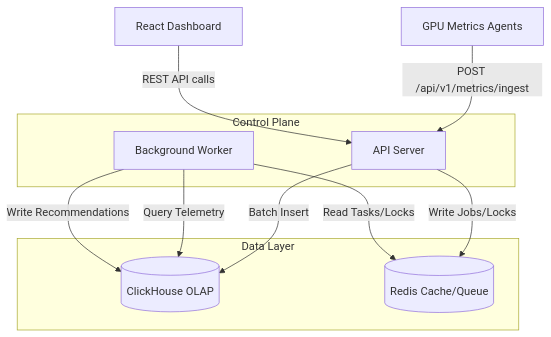
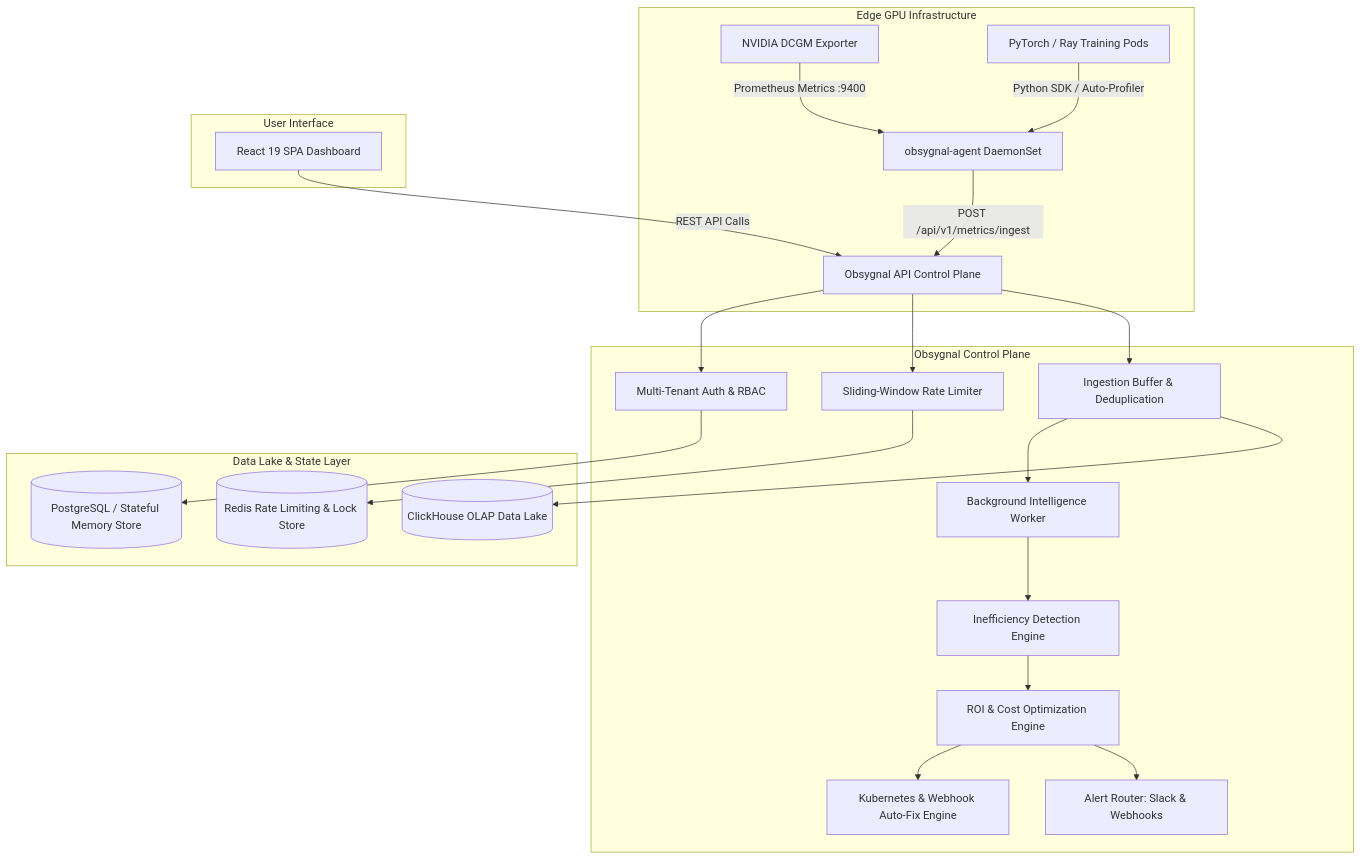
One commit to sarkarbikram90/Obsygnal-Pulse changed the diagram in docs/architecture.md. Above: the diagram before and after it, drawn with Mermaid. The commit also changed other lines of this file and 51 other files, not shown here.

Commit message:
feat: enhance web UI dashboard, add community templates, Python SDK packaging, and refine system documentation

````diff
--- a/docs/architecture.md
+++ b/docs/architecture.md
@@ -14,25 +23,34 @@
 ```mermaid
 graph TD
-    %% External Inputs
-    Agents[GPU Metrics Agents] -->|POST /api/v1/metrics/ingest| API[API Server]
-    Frontend[React Dashboard] -->|REST API calls| API
-
-    %% Backend Services
-    subgraph Control Plane
-        API
-        Worker[Background Worker]
+    %% Edge Layer
+    subgraph Edge Layer [Edge GPU Infrastructure]
+        DCGM[NVIDIA DCGM Exporter] -->|Prometheus Metrics :9400| Collector[obsygnal-agent DaemonSet]
+        Workload[PyTorch / Ray Training Pods] -->|Python SDK / Auto-Profiler| Collector
+        Collector -->|POST /api/v1/metrics/ingest| API[Obsygnal API Control Plane]
     end
 
-    %% Storage Layer
-    subgraph Data Layer
-        ClickHouse[(ClickHouse OLAP)]
-        Redis[(Redis Cache/Queue)]
+    %% Control Plane
+    subgraph Control Plane [Obsygnal Control Plane]
+        API --> Auth[Multi-Tenant Auth & RBAC]
+        API --> RateLimit[Sliding-Window Rate Limiter]
+        API --> Ingestion[Ingestion Buffer & Deduplication]
+
+        Ingestion --> Worker[Background Intelligence Worker]
+        Worker --> Detection[Inefficiency Detection Engine]
+        Detection --> Recommendation[ROI & Cost Optimization Engine]
+        Recommendation --> Remediation[Kubernetes & Webhook Auto-Fix Engine]
+        Recommendation --> Alerting[Alert Router: Slack & Webhooks]
     end
 
-    %% Flow
-    API -->|Batch Insert| ClickHouse
-    API -->|Write Jobs/Locks| Redis
-    Worker -->|Read Tasks/Locks| Redis
-    Worker -->|Query Telemetry| ClickHouse
-    Worker -->|Write Recommendations| ClickHouse
+    %% Persistent Storage Layer
+    subgraph Persistence [Data Lake & State Layer]
+        Ingestion --> ClickHouse[(ClickHouse OLAP Data Lake)]
+        Auth --> Postgres[(PostgreSQL / Stateful Memory Store)]
+        RateLimit --> Redis[(Redis Rate Limiting & Lock Store)]
+    end
+
+    %% Frontend Layer
+    subgraph UI [User Interface]
+        Frontend[React 19 SPA Dashboard] -->|REST API Calls| API
+    end
 ```
````
